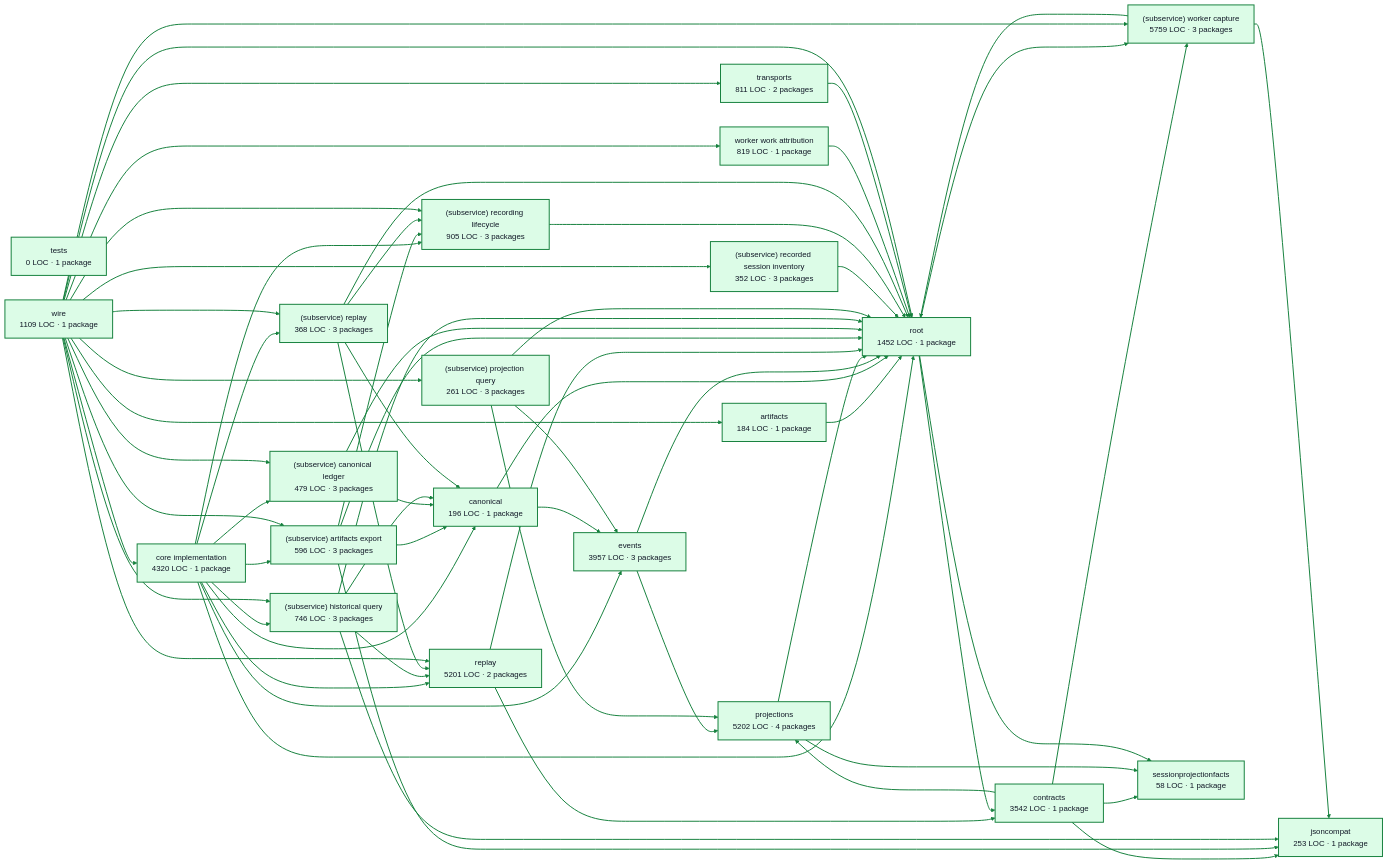
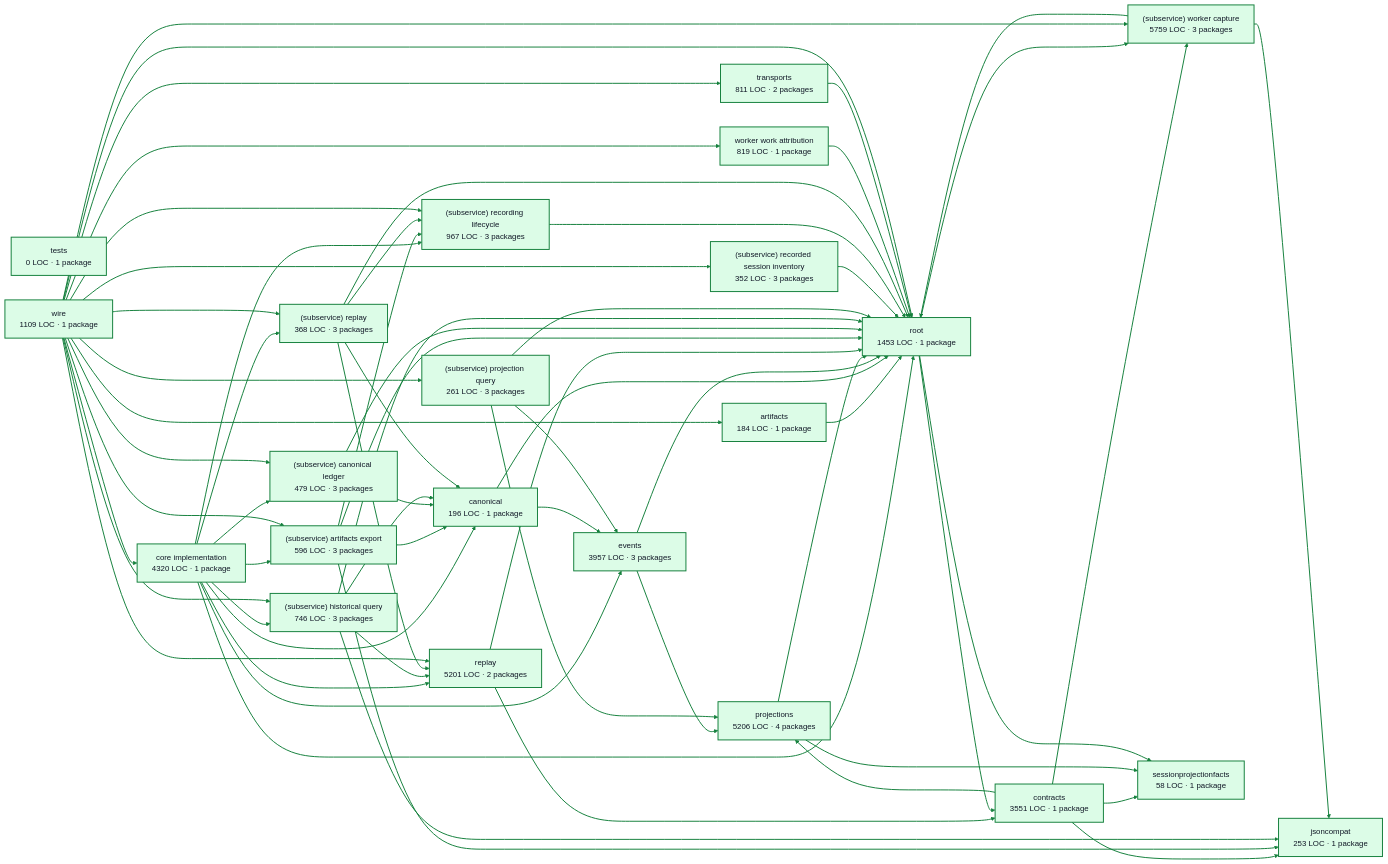
Before and after one commit to portpowered/you-agent-factory: the diagram in docs/architecture/visualizations/services/recordings.md, drawn with Mermaid. The commit also changed other lines of this file and 21 other files, not shown here.

Commit message:
docs: refresh backend architecture visualizations

```diff
--- a/docs/architecture/visualizations/services/recordings.md
+++ b/docs/architecture/visualizations/services/recordings.md
@@ -13,23 +13,23 @@
   p0["core implementation<br/>4320 LOC · 1 package"]
   p1["artifacts<br/>184 LOC · 1 package"]
   p2["canonical<br/>196 LOC · 1 package"]
-  p3["contracts<br/>3542 LOC · 1 package"]
+  p3["contracts<br/>3551 LOC · 1 package"]
   p4["events<br/>3957 LOC · 3 packages"]
   p5["jsoncompat<br/>253 LOC · 1 package"]
-  p6["projections<br/>5202 LOC · 4 packages"]
+  p6["projections<br/>5206 LOC · 4 packages"]
   p7["replay<br/>5201 LOC · 2 packages"]
   p8["(subservice) artifacts export<br/>596 LOC · 3 packages"]
   p9["(subservice) canonical ledger<br/>479 LOC · 3 packages"]
   p10["(subservice) historical query<br/>746 LOC · 3 packages"]
   p11["(subservice) projection query<br/>261 LOC · 3 packages"]
   p12["(subservice) recorded session inventory<br/>352 LOC · 3 packages"]
-  p13["(subservice) recording lifecycle<br/>905 LOC · 3 packages"]
+  p13["(subservice) recording lifecycle<br/>967 LOC · 3 packages"]
   p14["(subservice) replay<br/>368 LOC · 3 packages"]
   p15["(subservice) worker capture<br/>5759 LOC · 3 packages"]
   p16["sessionprojectionfacts<br/>58 LOC · 1 package"]
   p17["tests<br/>0 LOC · 1 package"]
   p18["worker work attribution<br/>819 LOC · 1 package"]
-  p19["root<br/>1452 LOC · 1 package"]
+  p19["root<br/>1453 LOC · 1 package"]
   p20["transports<br/>811 LOC · 2 packages"]
   p21["wire<br/>1109 LOC · 1 package"]
   p0 --> p2
```
